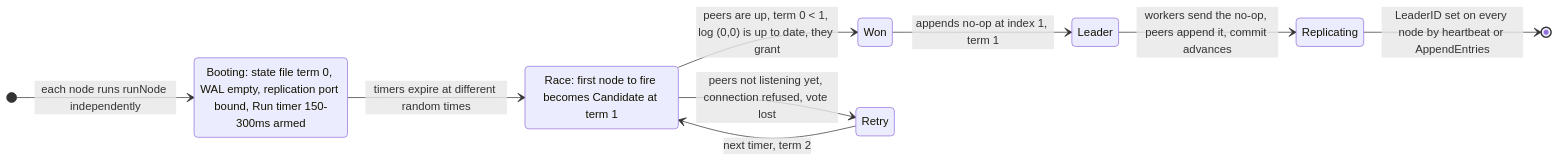
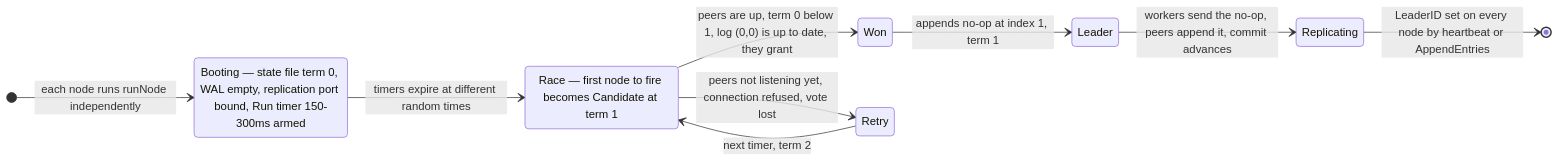
Before and after one commit to Tarun-Elango/hobbyDB: the sixth of 8 diagrams in flow/4. cluster-startup-cases.md, drawn with Mermaid. The commit also changed other lines of this file and 6 other files, not shown here.

````diff
--- a/flow/4. cluster-startup-cases.md
+++ b/flow/4. cluster-startup-cases.md
@@ -181,14 +181,14 @@
 ```mermaid
 stateDiagram-v2
     direction LR
     [*] --> Booting: each node runs runNode independently
-    state "Booting: state file term 0, WAL empty, replication port bound, Run timer 150-300ms armed" as Booting
+    state "Booting — state file term 0, WAL empty, replication port bound, Run timer 150-300ms armed" as Booting
     Booting --> Race: timers expire at different random times
-    state "Race: first node to fire becomes Candidate at term 1" as Race
-    Race --> Won: peers are up, term 0 < 1, log (0,0) is up to date, they grant
+    state "Race — first node to fire becomes Candidate at term 1" as Race
+    Race --> Won: peers are up, term 0 below 1, log (0,0) is up to date, they grant
     Race --> Retry: peers not listening yet, connection refused, vote lost
     Retry --> Race: next timer, term 2
     Won --> Leader: appends no-op at index 1, term 1
     Leader --> Replicating: workers send the no-op, peers append it, commit advances
     Replicating --> [*]: LeaderID set on every node by heartbeat or AppendEntries
 ```
````
